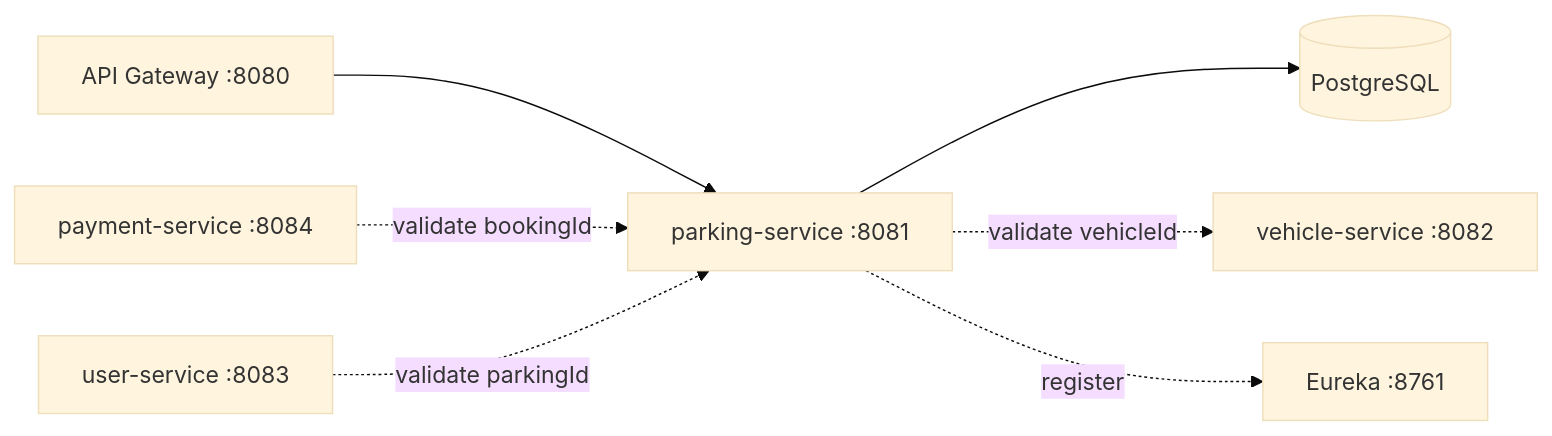
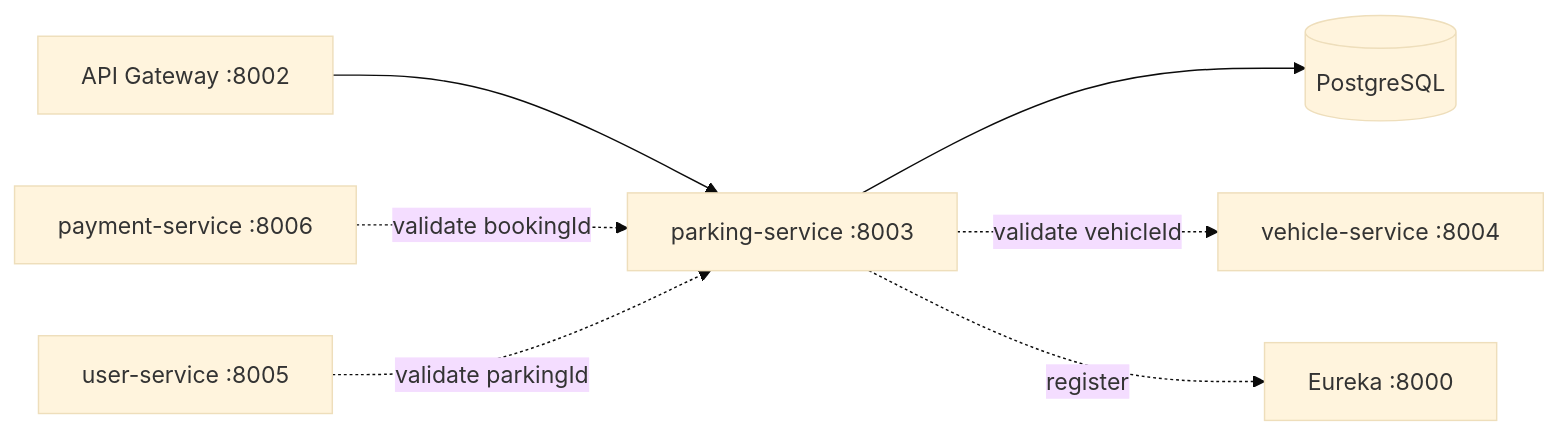
Before and after one commit to yasasbanukaofficial/kadolk-backend-microservice: the diagram in services/parking-service/README.md, drawn with Mermaid (base theme). The commit also changed other lines of this file and 33 other files, not shown here.

````diff
--- a/services/parking-service/README.md
+++ b/services/parking-service/README.md
@@ -7,9 +7,9 @@
 ```mermaid
 flowchart LR
-    Gateway[API Gateway :8080] --> Parking[parking-service :8081]
+    Gateway[API Gateway :8002] --> Parking[parking-service :8003]
     Parking --> DB[(PostgreSQL)]
-    Parking -.validate vehicleId.-> Vehicle[vehicle-service :8082]
-    Payment[payment-service :8084] -.validate bookingId.-> Parking
-    User[user-service :8083] -.validate parkingId.-> Parking
-    Parking -.register.-> Eureka[Eureka :8761]
+    Parking -.validate vehicleId.-> Vehicle[vehicle-service :8004]
+    Payment[payment-service :8006] -.validate bookingId.-> Parking
+    User[user-service :8005] -.validate parkingId.-> Parking
+    Parking -.register.-> Eureka[Eureka :8000]
 ```
````
